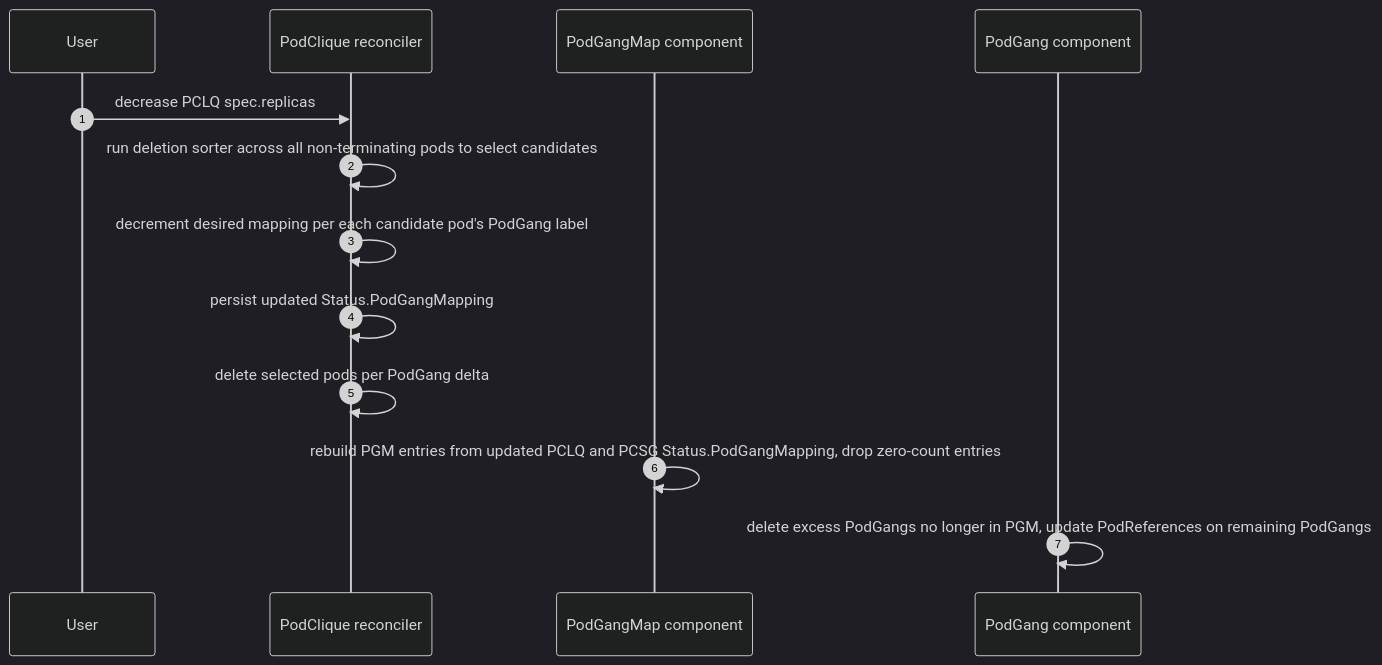
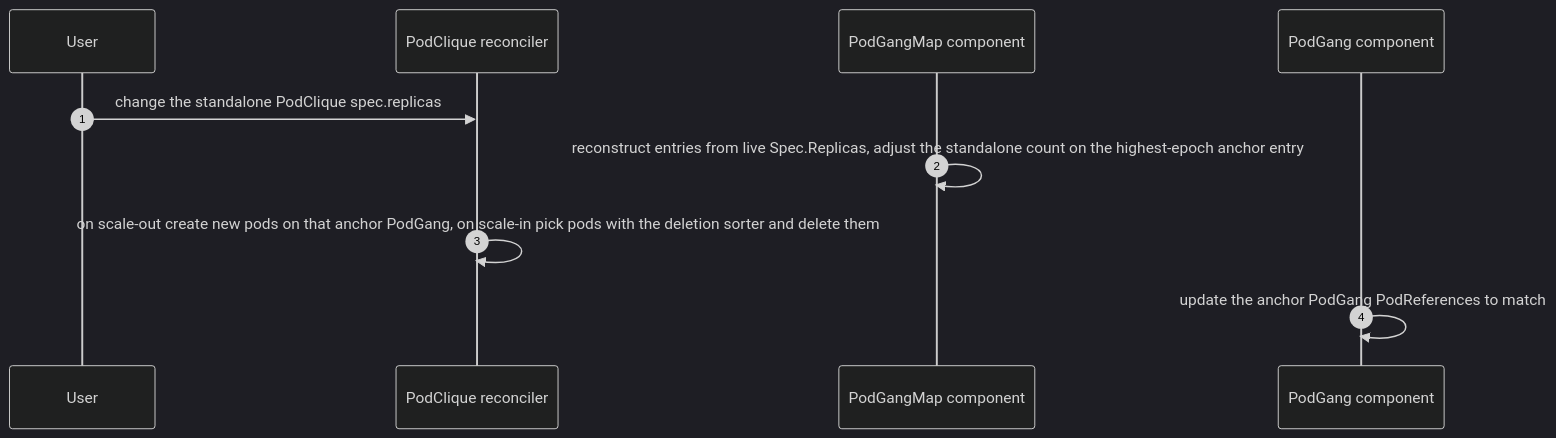
One commit to unmarshall/grove changed the fourth of 4 diagrams in docs/proposals/393-coherent-rolling-updates/README.md. Above: the diagram before and after it, drawn with Mermaid (dark theme). The commit also changed other lines of this file, not shown here.

````diff
--- a/docs/proposals/393-coherent-rolling-updates/README.md
+++ b/docs/proposals/393-coherent-rolling-updates/README.md
@@ -714,16 +804,13 @@
 ```mermaid
 sequenceDiagram
   autonumber
   participant User
   participant PCLQ as PodClique reconciler
   participant PGM as PodGangMap component
   participant PG as PodGang component
 
-  User->>PCLQ: decrease PCLQ spec.replicas
-  PCLQ->>PCLQ: run deletion sorter across all non-terminating pods to select candidates
-  PCLQ->>PCLQ: decrement desired mapping per each candidate pod's PodGang label
-  PCLQ->>PCLQ: persist updated Status.PodGangMapping
-  PCLQ->>PCLQ: delete selected pods per PodGang delta
-  PGM->>PGM: rebuild PGM entries from updated PCLQ and PCSG Status.PodGangMapping, drop zero-count entries
-  PG->>PG: delete excess PodGangs no longer in PGM, update PodReferences on remaining PodGangs
+  User->>PCLQ: change the standalone PodClique spec.replicas
+  PGM->>PGM: reconstruct entries from live Spec.Replicas, adjust the standalone count on the highest-epoch anchor entry
+  PCLQ->>PCLQ: on scale-out create new pods on that anchor PodGang, on scale-in pick pods with the deletion sorter and delete them
+  PG->>PG: update the anchor PodGang PodReferences to match
 ```
````
